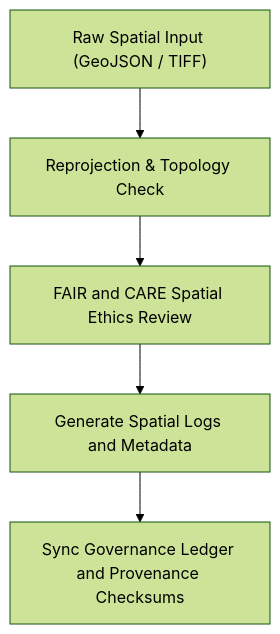
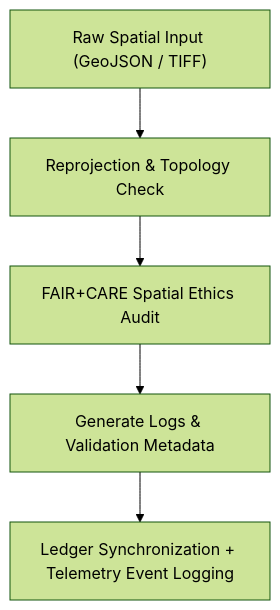
The diagram in data/work/staging/spatial/logs/README.md (bartytime4life/Kansas-Frontier-Matrix), drawn with Mermaid (forest theme) before and after one commit. The commit also changed other lines of this file, not shown here.

````diff
--- a/data/work/staging/spatial/logs/README.md
+++ b/data/work/staging/spatial/logs/README.md
@@ -62,7 +68,7 @@
 ```mermaid
 flowchart TD
     A["Raw Spatial Input (GeoJSON / TIFF)"] --> B["Reprojection & Topology Check"]
-    B --> C["FAIR and CARE Spatial Ethics Review"]
-    C --> D["Generate Spatial Logs and Metadata"]
-    D --> E["Sync Governance Ledger and Provenance Checksums"]
+    B --> C["FAIR+CARE Spatial Ethics Audit"]
+    C --> D["Generate Logs & Validation Metadata"]
+    D --> E["Ledger Synchronization + Telemetry Event Logging"]
 ```
````
